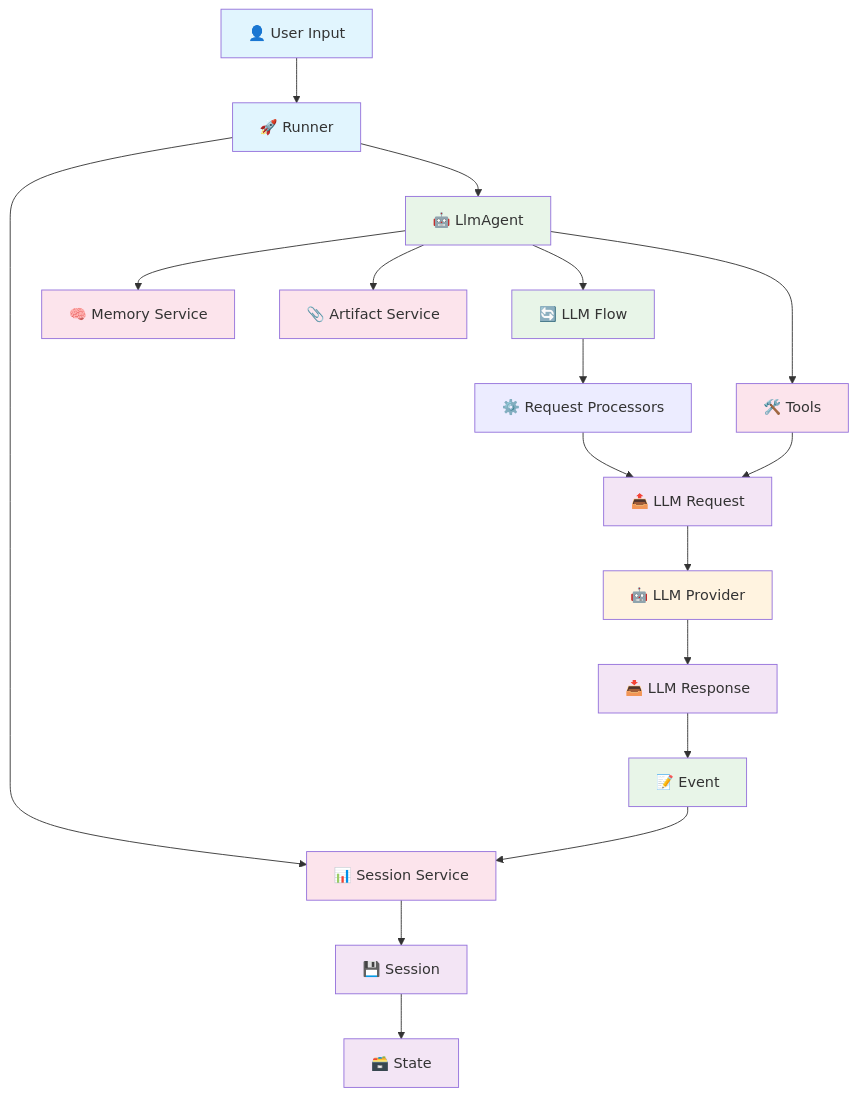
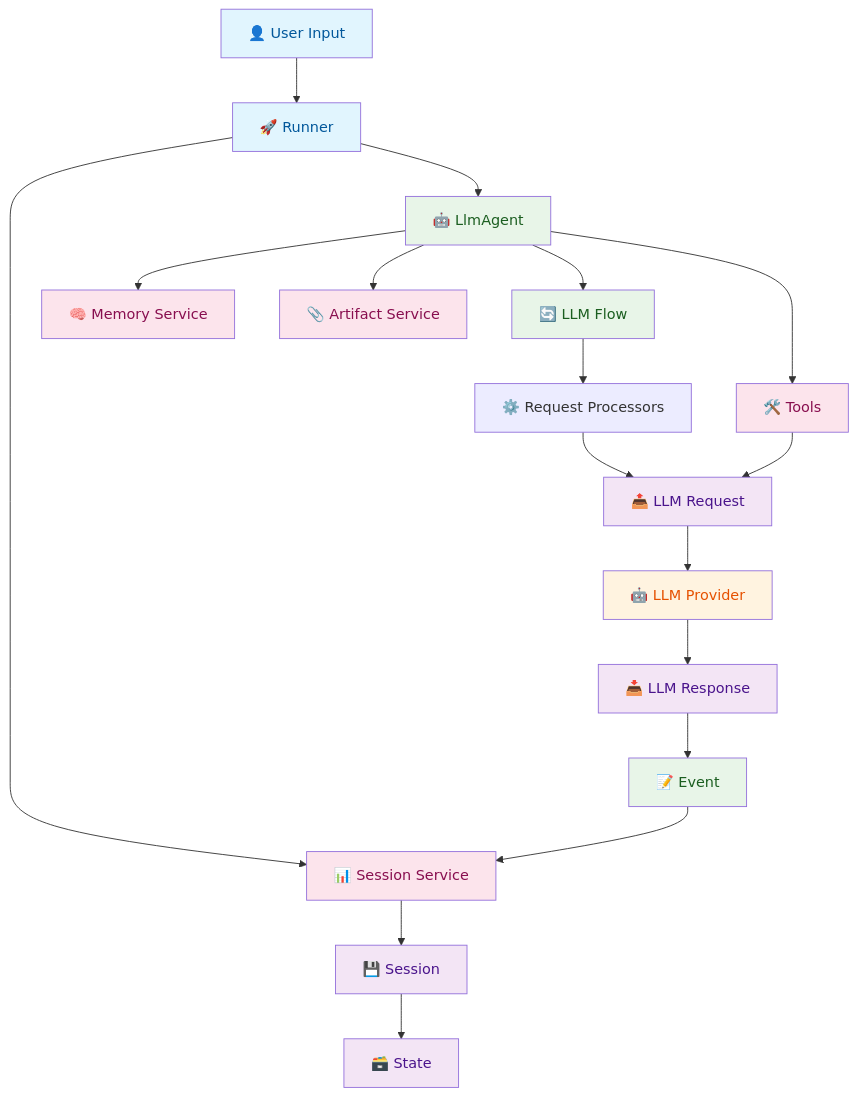
Before and after one commit to curtisdow1973-sys/adk-ts: the diagram in ARCHITECHTURE.md, drawn with Mermaid. The commit also changed other lines of this file, not shown here.

````diff
--- a/ARCHITECHTURE.md
+++ b/ARCHITECHTURE.md
@@ -5,47 +5,47 @@
 ```mermaid
 graph TB
     %% User Layer
     User[👤 User Input] --> Runner[🚀 Runner]
-    
+
     %% Core Orchestration
     Runner --> SessionService[📊 Session Service]
     Runner --> Agent[🤖 LlmAgent]
-    
+
     %% Agent Processing
     Agent --> LlmFlow[🔄 LLM Flow]
     LlmFlow --> Processors[⚙️ Request Processors]
     Processors --> LlmRequest[📤 LLM Request]
-    
+
     %% LLM Providers
     LlmRequest --> LlmProvider[🤖 LLM Provider]
     LlmProvider --> LlmResponse[📥 LLM Response]
-    
-    %% Response Processing  
+
+    %% Response Processing
     LlmResponse --> Event[📝 Event]
     Event --> SessionService
-    
+
     %% Tools Integration
     Agent --> Tools[🛠️ Tools]
     Tools --> LlmRequest
-    
+
     %% Support Services
     Agent --> MemoryService[🧠 Memory Service]
     Agent --> ArtifactService[📎 Artifact Service]
-    
+
     %% Session Management
     SessionService --> Session[💾 Session]
     Session --> State[🗃️ State]
-    
+
     %% Styling
-    classDef userLayer fill:#e1f5fe
-    classDef coreLayer fill:#f3e5f5
-    classDef agentLayer fill:#e8f5e8
-    classDef modelLayer fill:#fff3e0
-    classDef serviceLayer fill:#fce4ec
-    
+    classDef userLayer fill:#e1f5fe,color:#01579b
+    classDef coreLayer fill:#f3e5f5,color:#4a148c
+    classDef agentLayer fill:#e8f5e8,color:#1b5e20
+    classDef modelLayer fill:#fff3e0,color:#e65100
+    classDef serviceLayer fill:#fce4ec,color:#880e4f
+
     class User,Runner userLayer
     class Agent,LlmFlow,Event agentLayer
     class LlmRequest,LlmResponse,Session,State coreLayer
     class LlmProvider modelLayer
     class SessionService,MemoryService,ArtifactService,Tools serviceLayer
 ```
````
